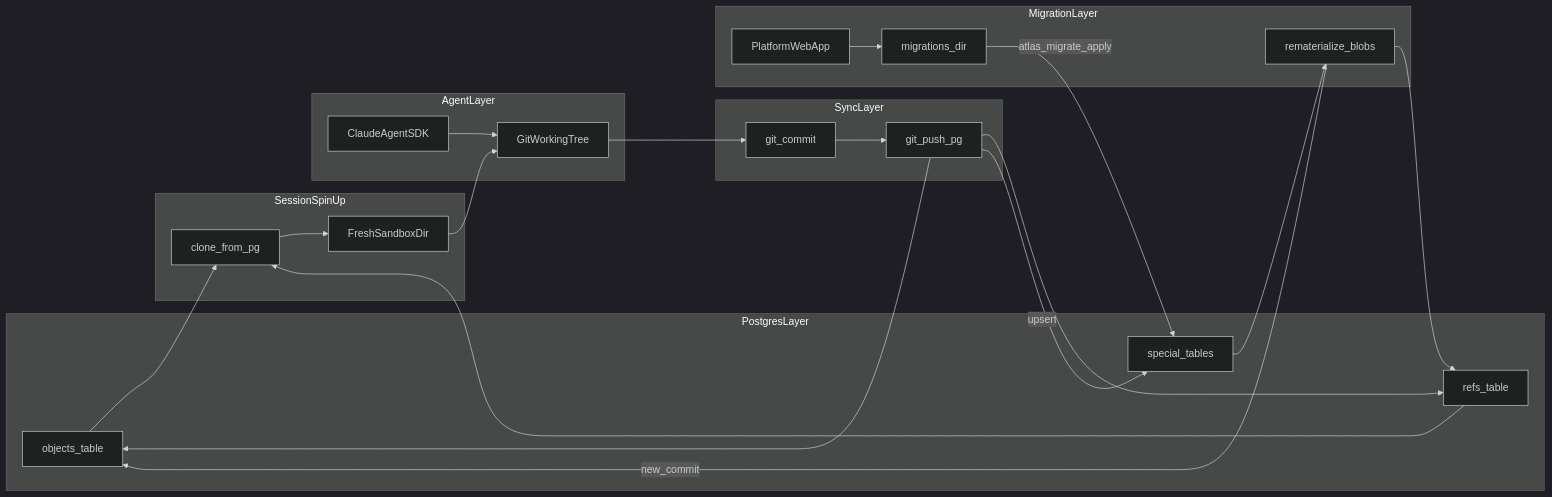
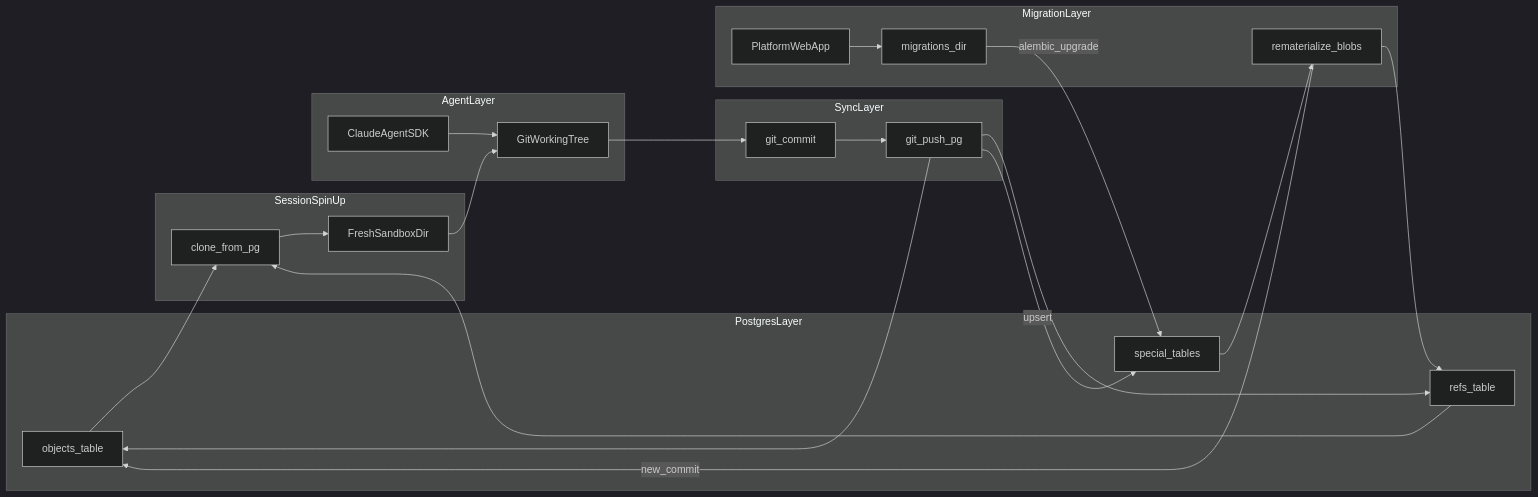
Before and after one commit to WorldReplica/git-pg: the first of 4 diagrams in docs/SPEC.md, drawn with Mermaid (dark theme). The commit also changed other lines of this file and 47 other files, not shown here.

First line of the commit message:
Implement Postgres-backed git sandboxes with Alembic migrations and warm cache.

````diff
--- a/docs/SPEC.md
+++ b/docs/SPEC.md
@@ -58,43 +58,43 @@
 ```mermaid
 flowchart LR
   subgraph pgLayer [PostgresLayer]
     Objects[objects_table]
     Refs[refs_table]
     Special[special_tables]
   end
 
   subgraph spinUp [SessionSpinUp]
     Clone[clone_from_pg]
     SandboxDir[FreshSandboxDir]
     Objects --> Clone
     Refs --> Clone
     Clone --> SandboxDir
   end
 
   subgraph agentLayer [AgentLayer]
     SDK[ClaudeAgentSDK]
     GitWork[GitWorkingTree]
     SandboxDir --> GitWork
     SDK --> GitWork
   end
 
   subgraph syncLayer [SyncLayer]
     Commit[git_commit]
     Push[git_push_pg]
     GitWork --> Commit --> Push
     Push --> Objects
     Push --> Refs
     Push -->|upsert| Special
   end
 
   subgraph migrateLayer [MigrationLayer]
     WebApp[PlatformWebApp]
-    AtlasMigrations[migrations_dir]
+    AlembicMigrations[migrations_dir]
     Remat[rematerialize_blobs]
-    WebApp --> AtlasMigrations
-    AtlasMigrations -->|atlas_migrate_apply| Special
+    WebApp --> AlembicMigrations
+    AlembicMigrations -->|alembic_upgrade| Special
     Special --> Remat
     Remat -->|new_commit| Objects
     Remat --> Refs
   end
 ```
````
